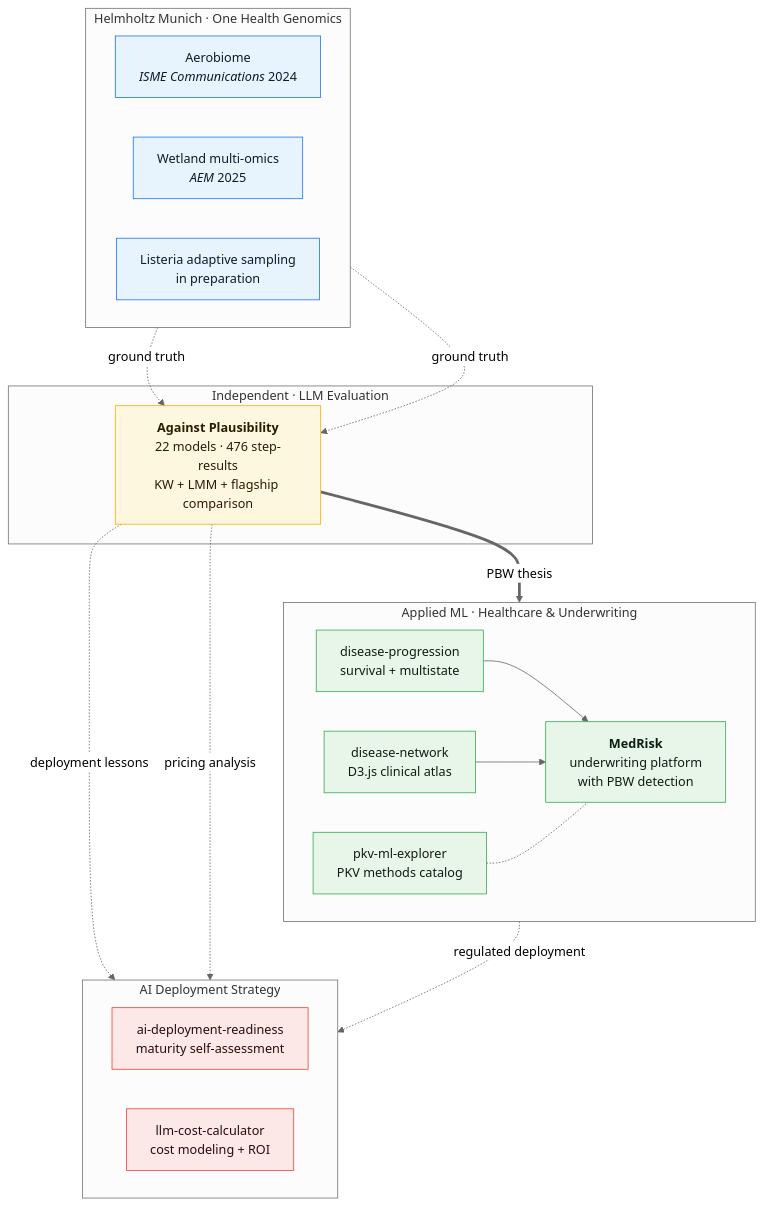
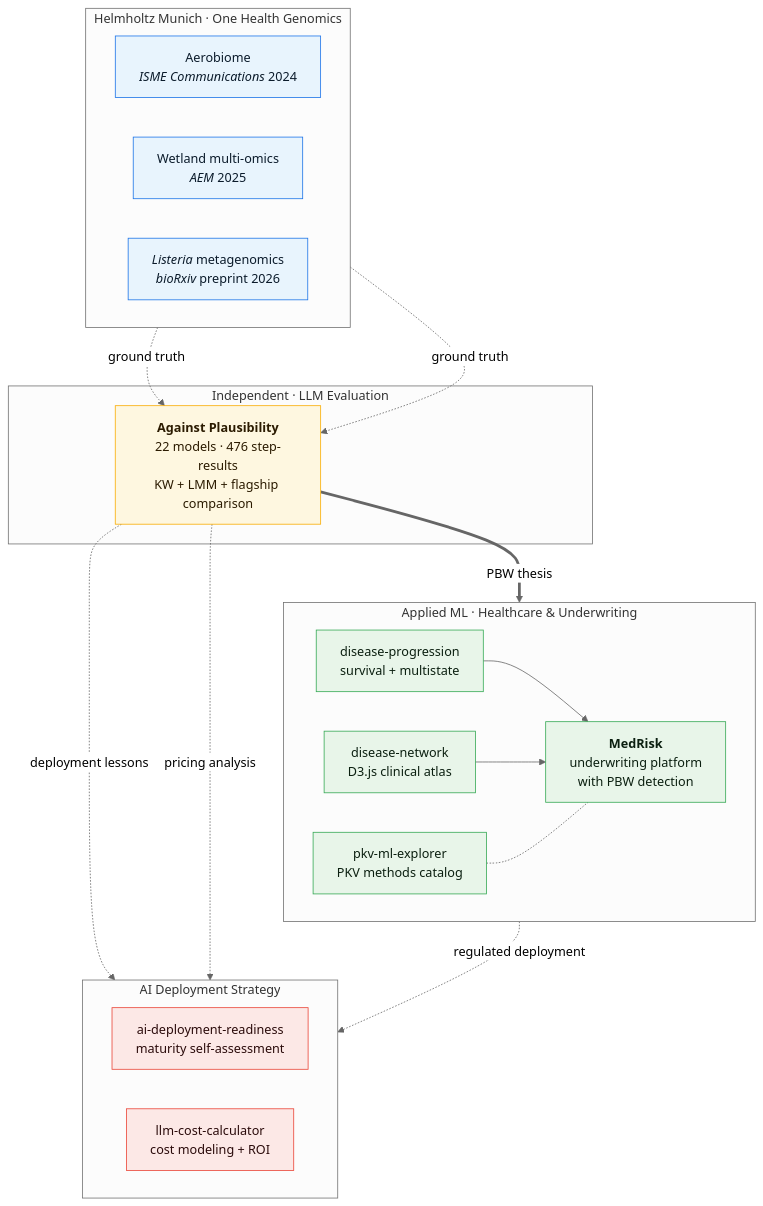
Before and after one commit to ttmgr/Tim_Reska: the diagram in README.md, drawn with Mermaid (neutral theme). The commit also changed other lines of this file, not shown here.

````diff
--- a/README.md
+++ b/README.md
@@ -15,48 +15,48 @@
 ```mermaid
 flowchart TB
     subgraph H["Helmholtz Munich · One Health Genomics"]
         direction LR
         A["Aerobiome<br/><i>ISME Communications</i> 2024"]
         W["Wetland multi-omics<br/><i>AEM</i> 2025"]
-        L["Listeria adaptive sampling<br/>in preparation"]
+        L["<i>Listeria</i> metagenomics<br/><i>bioRxiv</i> preprint 2026"]
     end
 
     subgraph I["Independent · LLM Evaluation"]
         E["<b>Against Plausibility</b><br/>22 models · 476 step-results<br/>KW + LMM + flagship comparison"]
     end
 
     subgraph T["Applied ML · Healthcare & Underwriting"]
         direction LR
         DP["disease-progression<br/>survival + multistate"]
         DN["disease-network<br/>D3.js clinical atlas"]
         MR["<b>MedRisk</b><br/>underwriting platform<br/>with PBW detection"]
         PKV["pkv-ml-explorer<br/>PKV methods catalog"]
     end
 
     subgraph D["AI Deployment Strategy"]
         direction LR
         ADR["ai-deployment-readiness<br/>maturity self-assessment"]
         LCC["llm-cost-calculator<br/>cost modeling + ROI"]
     end
 
     A -. ground truth .-> E
     W -. ground truth .-> E
     E == PBW thesis ==> MR
 
     DP --> MR
     DN --> MR
     PKV -.- MR
 
     E -. deployment lessons .-> ADR
     E -. pricing analysis .-> LCC
     MR -. regulated deployment .-> ADR
 
     classDef helm fill:#e8f4fd,stroke:#1a73e8,color:#0b1b2b
     classDef ind fill:#fef7e0,stroke:#f9ab00,color:#2b1b00
     classDef appl fill:#e8f5e9,stroke:#34a853,color:#0b1f10
     classDef depl fill:#fce8e6,stroke:#ea4335,color:#2b0b0b
     class A,W,L helm
     class E ind
     class DP,DN,MR,PKV appl
     class ADR,LCC depl
 ```
````
